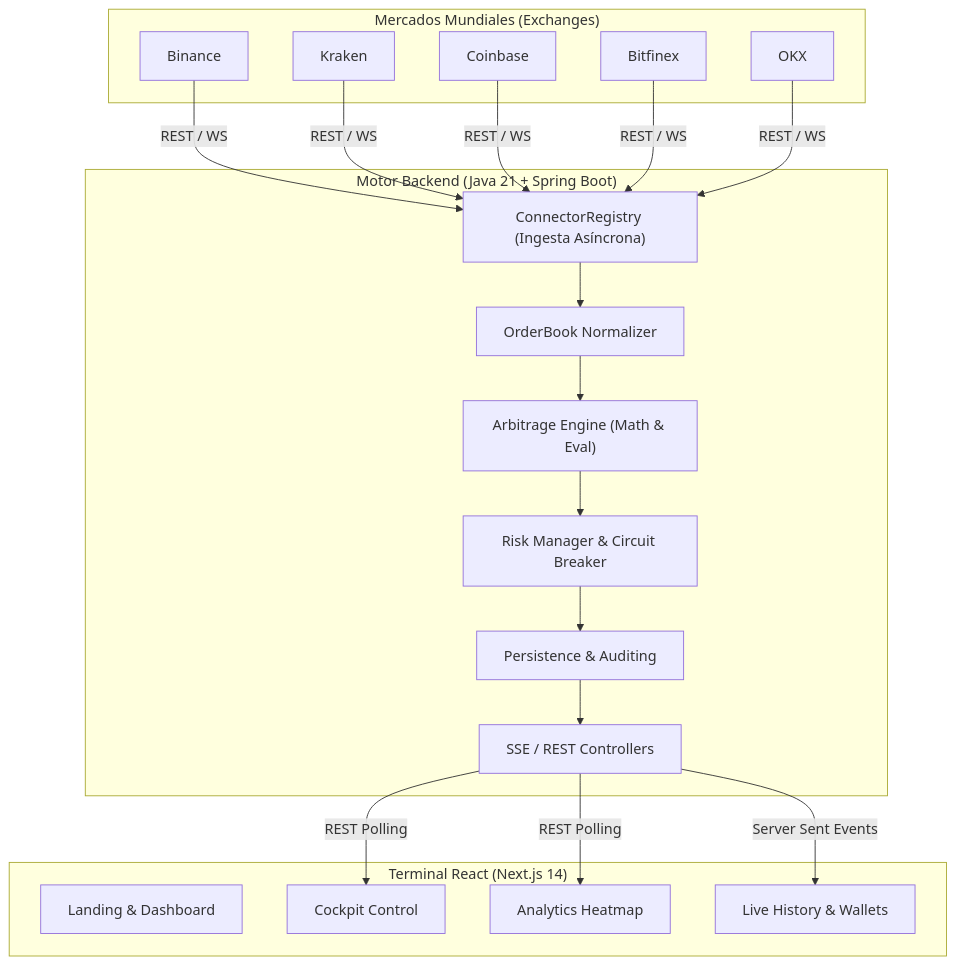
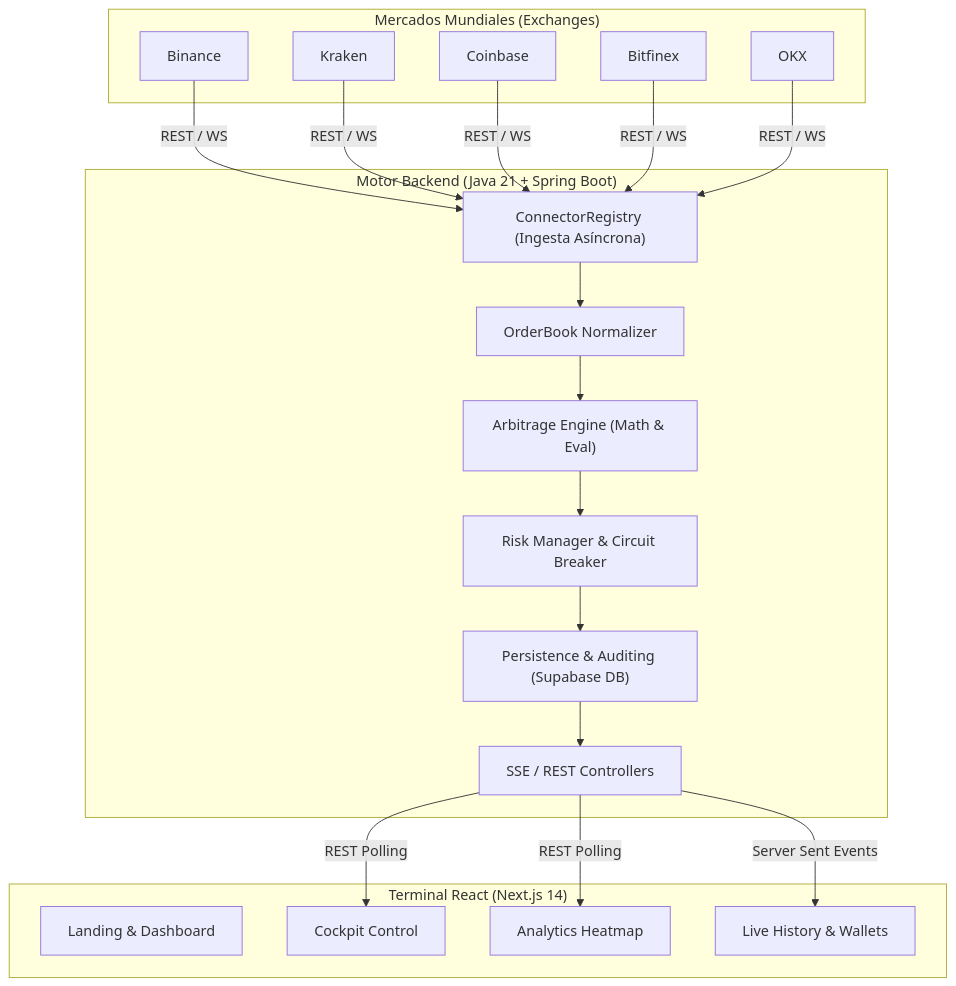
Before and after one commit to JaavRJ/coding-challenge-mexico: the diagram in README.md, drawn with Mermaid. The commit also changed other lines of this file and 1 other file, not shown here.

````diff
--- a/README.md
+++ b/README.md
@@ -66,35 +96,35 @@
 ```mermaid
 flowchart TD
     subgraph Mercados ["Mercados Mundiales (Exchanges)"]
         B["Binance"]
         K["Kraken"]
         C["Coinbase"]
         F["Bitfinex"]
         O["OKX"]
     end
 
     subgraph Backend ["Motor Backend (Java 21 + Spring Boot)"]
         CR["ConnectorRegistry (Ingesta Asíncrona)"]
         ON["OrderBook Normalizer"]
         AE["Arbitrage Engine (Math & Eval)"]
         RM["Risk Manager & Circuit Breaker"]
-        PS["Persistence & Auditing"]
+        PS["Persistence & Auditing (Supabase DB)"]
         SSE["SSE / REST Controllers"]
     end
 
     subgraph Frontend ["Terminal React (Next.js 14)"]
         UI["Landing & Dashboard"]
         CK["Cockpit Control"]
         HM["Analytics Heatmap"]
         LH["Live History & Wallets"]
     end
 
     B & K & C & F & O -- REST / WS --> CR
     CR --> ON
     ON --> AE
     AE --> RM
     RM --> PS
     PS --> SSE
     SSE -- Server Sent Events --> LH
     SSE -- REST Polling --> CK & HM
 ```
````
